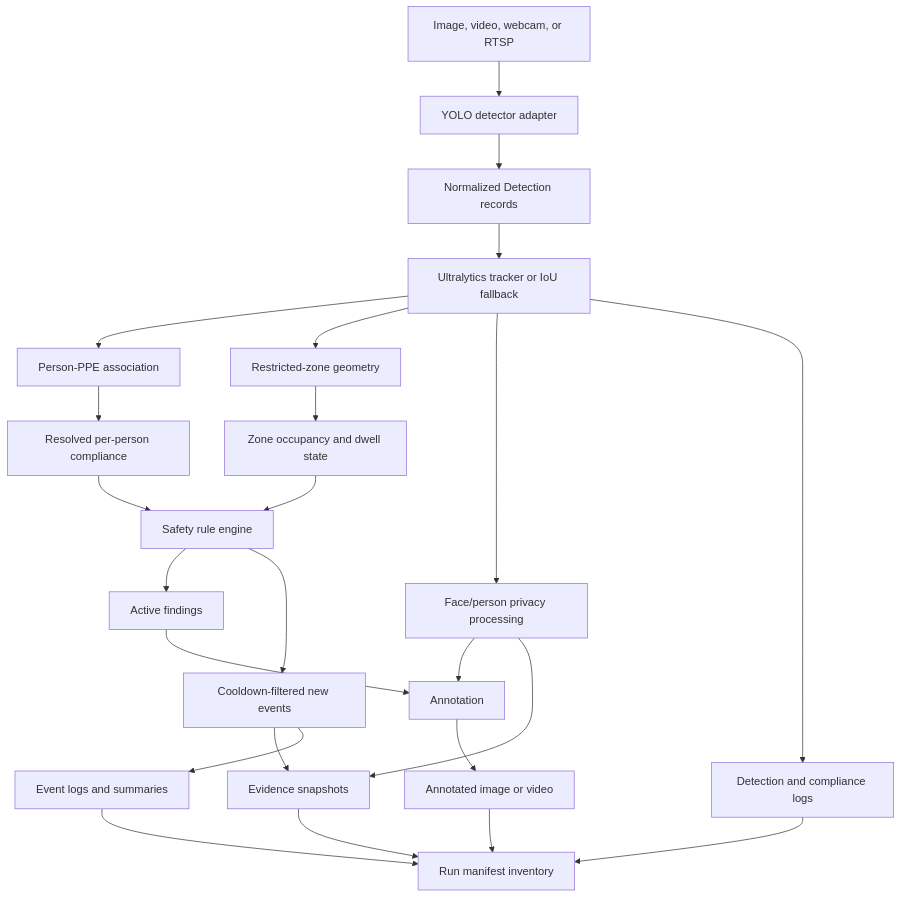
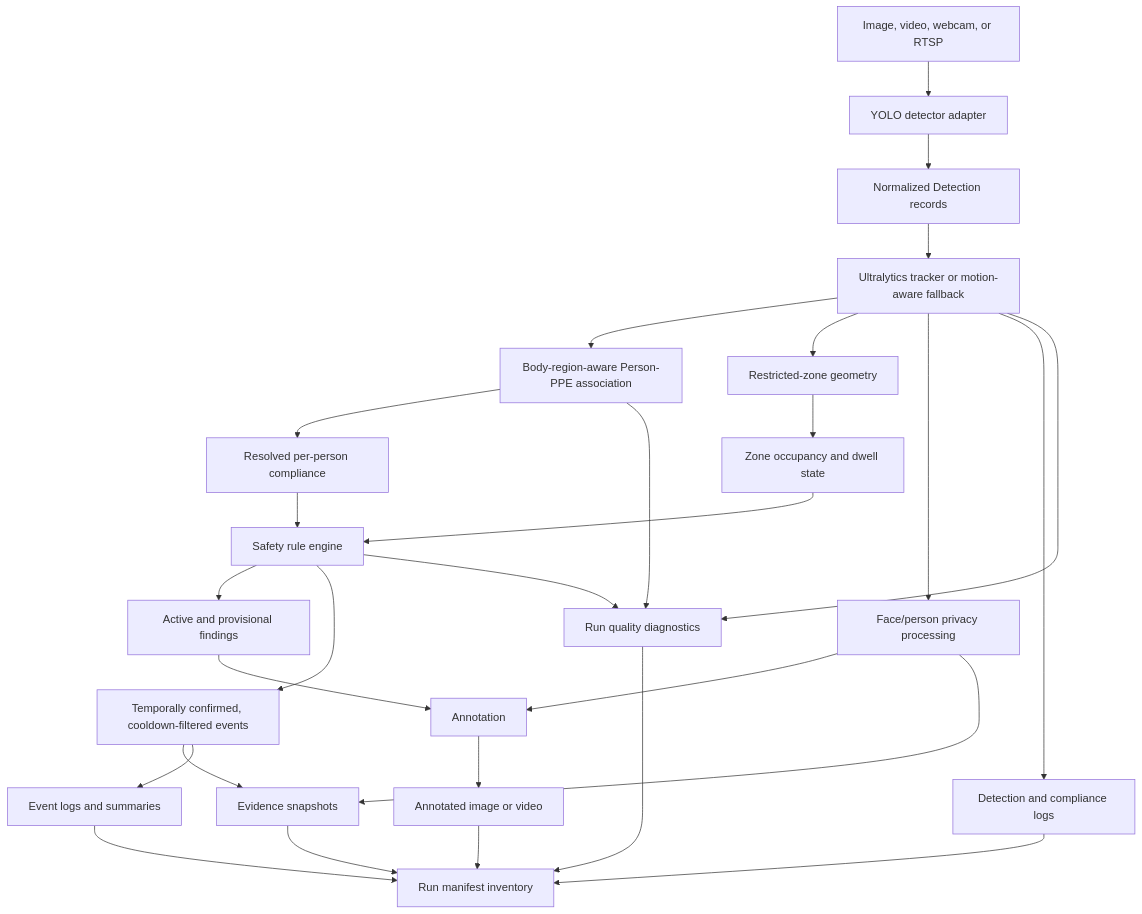
The diagram in docs/architecture.md (MengyangGao/utility-site-safety-ai-system), drawn with Mermaid before and after one commit. The commit also changed other lines of this file and 29 other files, not shown here.

````diff
--- a/docs/architecture.md
+++ b/docs/architecture.md
@@ -15,26 +15,30 @@
 ```mermaid
 flowchart TD
     A["Image, video, webcam, or RTSP"] --> B["YOLO detector adapter"]
     B --> C["Normalized Detection records"]
-    C --> D["Ultralytics tracker or IoU fallback"]
-    D --> E["Person-PPE association"]
+    C --> D["Ultralytics tracker or motion-aware fallback"]
+    D --> E["Body-region-aware Person-PPE association"]
     D --> F["Restricted-zone geometry"]
     E --> G["Resolved per-person compliance"]
     F --> H["Zone occupancy and dwell state"]
     G --> I["Safety rule engine"]
     H --> I
-    I --> J["Active findings"]
-    I --> K["Cooldown-filtered new events"]
+    I --> J["Active and provisional findings"]
+    I --> K["Temporally confirmed, cooldown-filtered events"]
     D --> L["Face/person privacy processing"]
     J --> M["Annotation"]
     L --> M
     L --> N["Evidence snapshots"]
     K --> N
     K --> O["Event logs and summaries"]
     D --> P["Detection and compliance logs"]
     M --> Q["Annotated image or video"]
     N --> R["Run manifest inventory"]
     O --> R
     P --> R
     Q --> R
+    D --> S["Run quality diagnostics"]
+    E --> S
+    I --> S
+    S --> R
 ```
````
